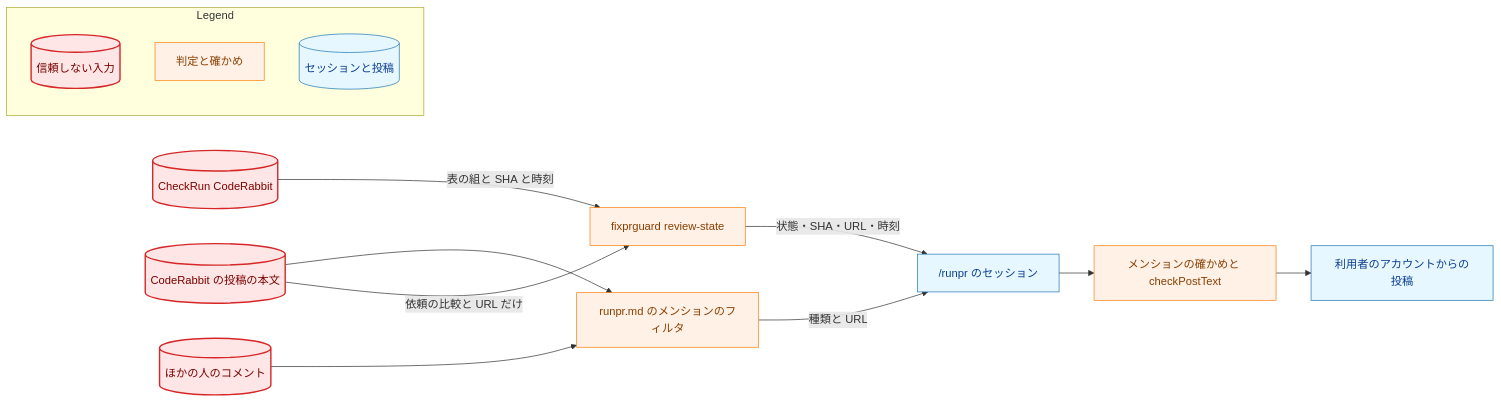
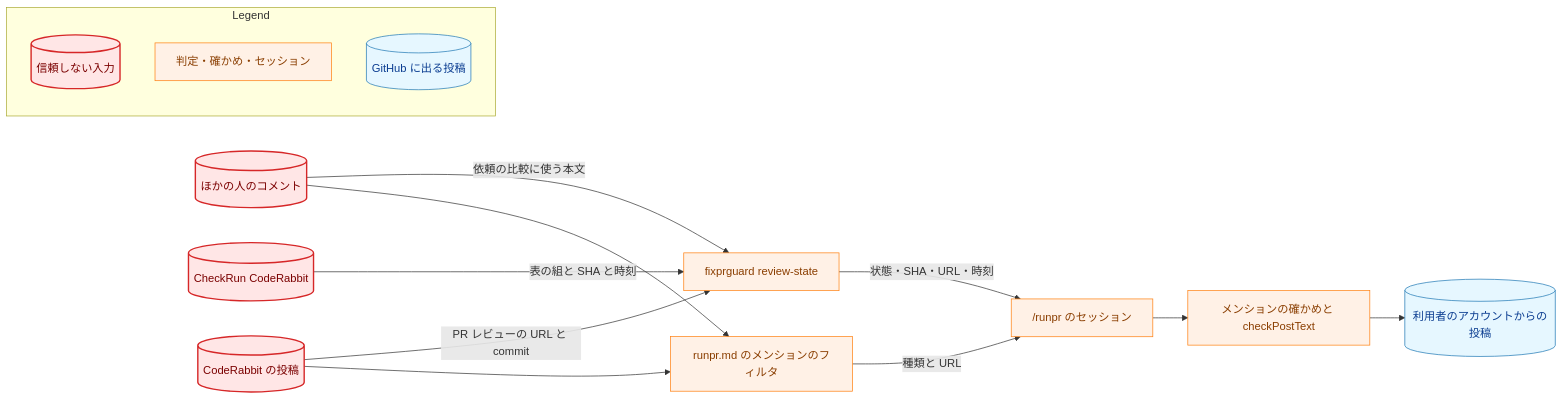
Before and after one commit to isseis/yt2column: the fourth of 6 diagrams in docs/tasks/0118_codex_removal/02_architecture.md, drawn with Mermaid. The commit also changed other lines of this file and 3 other files, not shown here.

First line of the commit message:
docs(0118): apply the review fixes to the architecture

````diff
--- a/docs/tasks/0118_codex_removal/02_architecture.md
+++ b/docs/tasks/0118_codex_removal/02_architecture.md
@@ -556,37 +687,38 @@
 ```mermaid
 flowchart LR
     classDef data fill:#e6f7ff,stroke:#1f77b4,stroke-width:1px,color:#0b3d91;
     classDef process fill:#fff1e6,stroke:#ff7f0e,stroke-width:1px,color:#8a3e00;
     classDef problem fill:#ffe6e6,stroke:#d62728,stroke-width:2px,color:#7b0000;
 
     OTHER[("ほかの人のコメント")]
-    CRPOST[("CodeRabbit の投稿の本文")]
+    CRPOST[("CodeRabbit の投稿")]
     CRRUN[("CheckRun CodeRabbit")]
     RS["fixprguard review-state"]
     JQ["runpr.md のメンションのフィルタ"]
     SESSION["/runpr のセッション"]
-    POST["利用者のアカウントからの投稿"]
     GUARD["メンションの確かめと checkPostText"]
+    POST[("利用者のアカウントからの投稿")]
 
+    OTHER -->|"依頼の比較に使う本文"| RS
     OTHER --> JQ
+    CRPOST -->|"PR レビューの URL と commit"| RS
     CRPOST --> JQ
-    CRPOST -->|"依頼の比較と URL だけ"| RS
     CRRUN -->|"表の組と SHA と時刻"| RS
     RS -->|"状態・SHA・URL・時刻"| SESSION
     JQ -->|"種類と URL"| SESSION
     SESSION --> GUARD
     GUARD --> POST
 
     class OTHER,CRPOST,CRRUN problem
-    class RS,JQ,GUARD process
-    class SESSION,POST data
+    class RS,JQ,GUARD,SESSION process
+    class POST data
 
     subgraph Legend["Legend"]
         L1[("信頼しない入力")]
-        L2["判定と確かめ"]
-        L3[("セッションと投稿")]
+        L2["判定・確かめ・セッション"]
+        L3[("GitHub に出る投稿")]
     end
     class L1 problem
     class L2 process
     class L3 data
 ```
````
